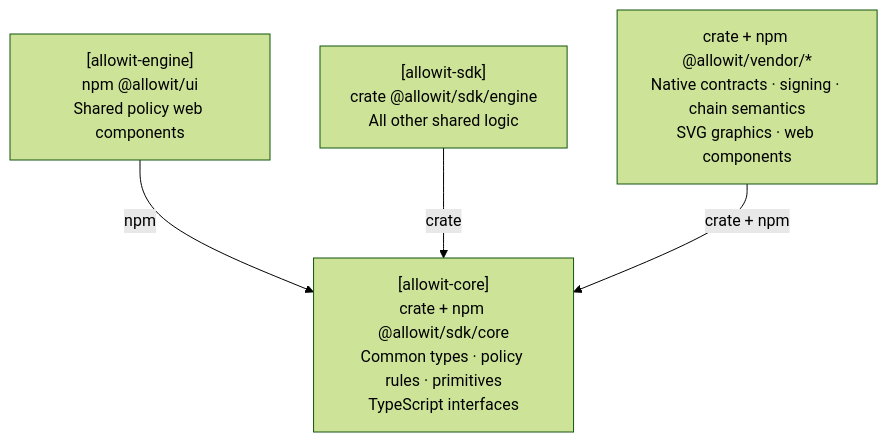
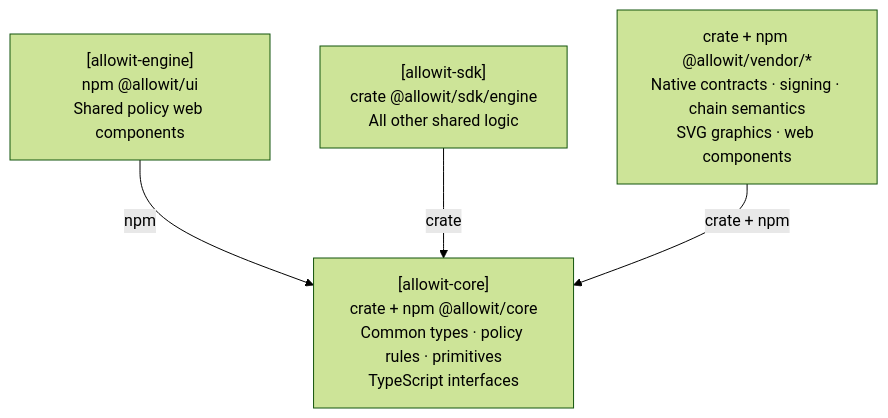
One commit to allowit-hq/allowit-core changed the diagram in README.md. Above: the diagram before and after it, drawn with Mermaid (forest theme). The commit also changed other lines of this file and 3 other files, not shown here.

Commit message:
Rename the Core npm package to @allowit/core

````diff
--- a/README.md
+++ b/README.md
@@ -13,11 +13,11 @@
 ```mermaid
 flowchart TB
     UI["[allowit-engine]<br/>npm @allowit/ui<br/>Shared policy web components"]
     Engine["[allowit-sdk]<br/>crate @allowit/sdk/engine<br/>All other shared logic"]
     Vendor["crate + npm @allowit/vendor/*<br/>Native contracts · signing · chain semantics<br/>SVG graphics · web components"]
-    Core["[allowit-core]<br/>crate + npm @allowit/sdk/core<br/>Common types · policy rules · primitives<br/>TypeScript interfaces"]
+    Core["[allowit-core]<br/>crate + npm @allowit/core<br/>Common types · policy rules · primitives<br/>TypeScript interfaces"]
 
     UI -->|npm| Core
     Engine -->|crate| Core
     Vendor -->|crate + npm| Core
 ```
````
